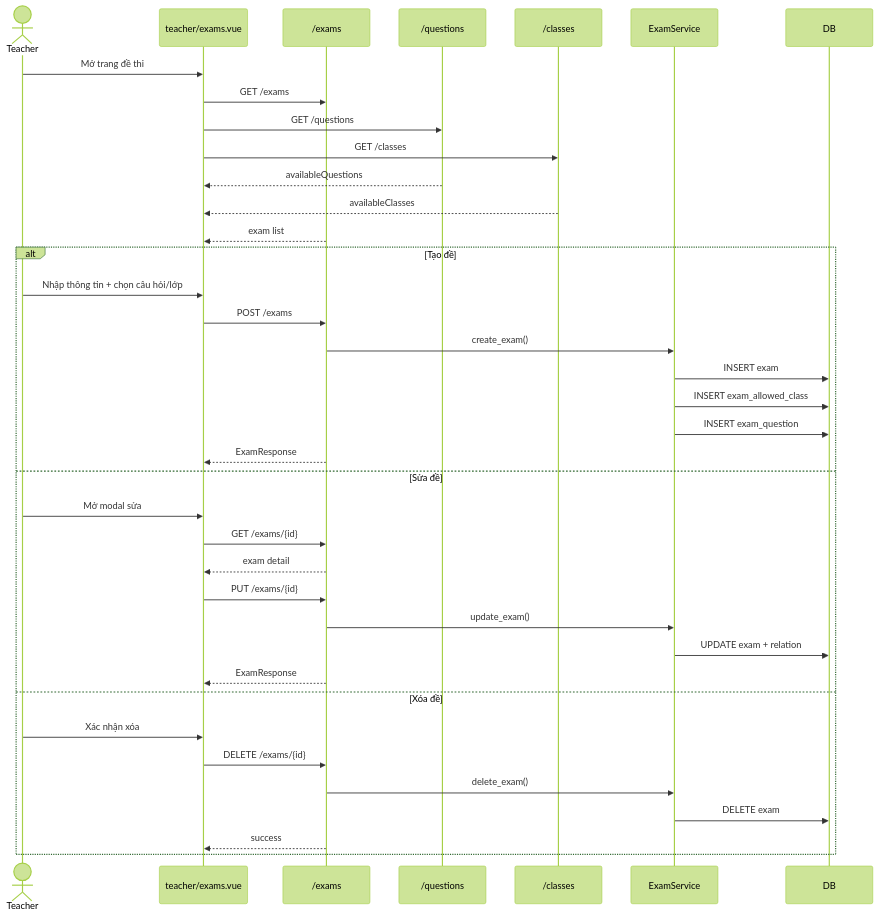
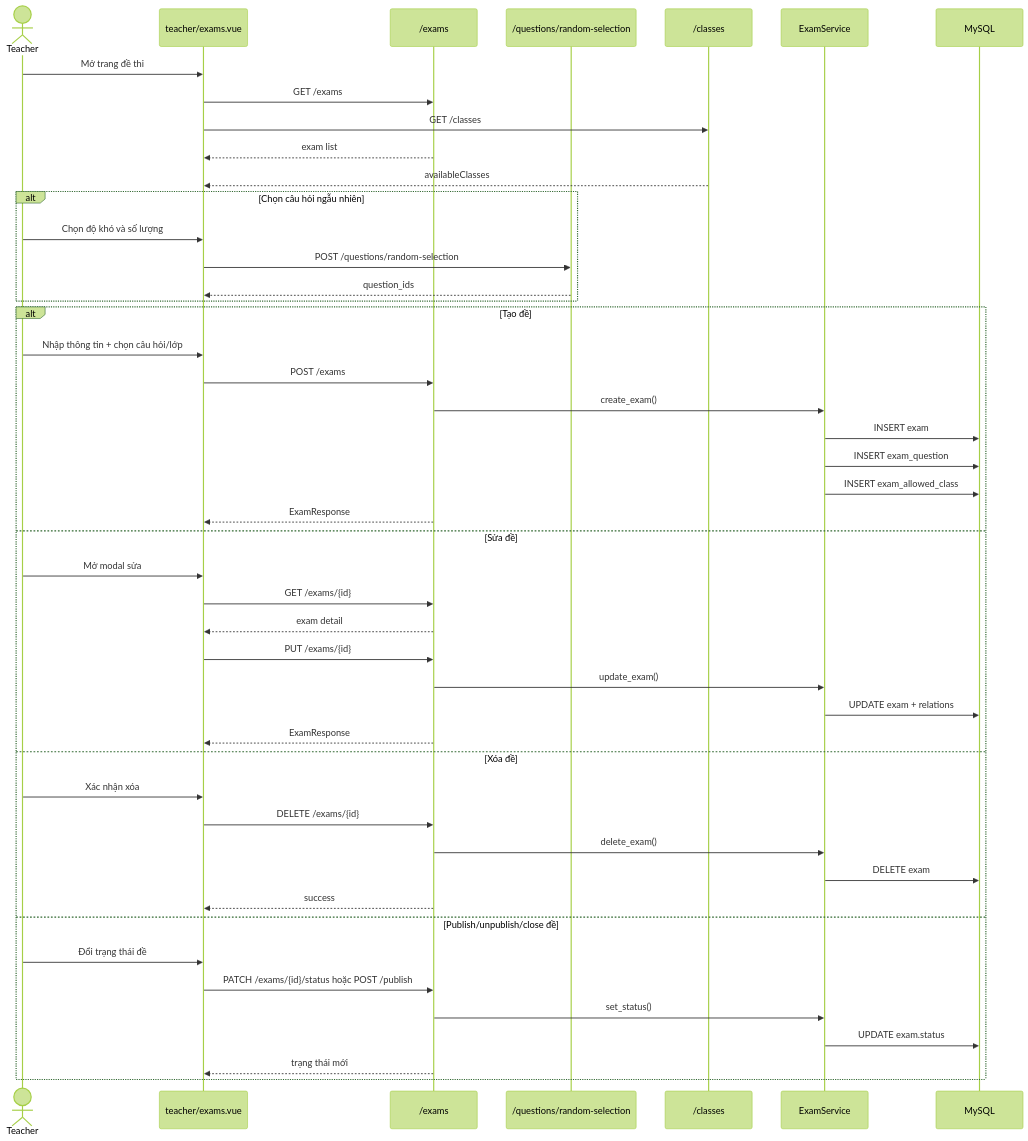
One commit to Tedomi2525/My_project changed diagram 12 of 17 in docs/UML.md. Above: the diagram before and after it, drawn with Mermaid (forest theme). The commit also changed other lines of this file and 15 other files, not shown here.

First line of the commit message:
Add new documentation files including class diagram and project report

````diff
--- a/docs/UML.md
+++ b/docs/UML.md
@@ -804,42 +781,52 @@
 ```mermaid
 sequenceDiagram
 actor Teacher
-participant ExamPage as teacher/exams.vue
+participant Page as teacher/exams.vue
 participant ExamAPI as /exams
-participant QuestionAPI as /questions
+participant QuestionAPI as /questions/random-selection
 participant ClassAPI as /classes
 participant ExamService
-participant DB
+participant DB as MySQL
 
-Teacher->>ExamPage: Mở trang đề thi
-ExamPage->>ExamAPI: GET /exams
-ExamPage->>QuestionAPI: GET /questions
-ExamPage->>ClassAPI: GET /classes
-QuestionAPI-->>ExamPage: availableQuestions
-ClassAPI-->>ExamPage: availableClasses
-ExamAPI-->>ExamPage: exam list
+Teacher->>Page: Mở trang đề thi
+Page->>ExamAPI: GET /exams
+Page->>ClassAPI: GET /classes
+ExamAPI-->>Page: exam list
+ClassAPI-->>Page: availableClasses
+
+alt Chọn câu hỏi ngẫu nhiên
+  Teacher->>Page: Chọn độ khó và số lượng
+  Page->>QuestionAPI: POST /questions/random-selection
+  QuestionAPI-->>Page: question_ids
+end
 
 alt Tạo đề
-  Teacher->>ExamPage: Nhập thông tin + chọn câu hỏi/lớp
-  ExamPage->>ExamAPI: POST /exams
+  Teacher->>Page: Nhập thông tin + chọn câu hỏi/lớp
+  Page->>ExamAPI: POST /exams
   ExamAPI->>ExamService: create_exam()
   ExamService->>DB: INSERT exam
+  ExamService->>DB: INSERT exam_question
   ExamService->>DB: INSERT exam_allowed_class
-  ExamService->>DB: INSERT exam_question
-  ExamAPI-->>ExamPage: ExamResponse
+  ExamAPI-->>Page: ExamResponse
 else Sửa đề
-  Teacher->>ExamPage: Mở modal sửa
-  ExamPage->>ExamAPI: GET /exams/{id}
-  ExamAPI-->>ExamPage: exam detail
-  ExamPage->>ExamAPI: PUT /exams/{id}
+  Teacher->>Page: Mở modal sửa
+  Page->>ExamAPI: GET /exams/{id}
+  ExamAPI-->>Page: exam detail
+  Page->>ExamAPI: PUT /exams/{id}
   ExamAPI->>ExamService: update_exam()
-  ExamService->>DB: UPDATE exam + relation
-  ExamAPI-->>ExamPage: ExamResponse
+  ExamService->>DB: UPDATE exam + relations
+  ExamAPI-->>Page: ExamResponse
 else Xóa đề
-  Teacher->>ExamPage: Xác nhận xóa
-  ExamPage->>ExamAPI: DELETE /exams/{id}
+  Teacher->>Page: Xác nhận xóa
+  Page->>ExamAPI: DELETE /exams/{id}
   ExamAPI->>ExamService: delete_exam()
   ExamService->>DB: DELETE exam
-  ExamAPI-->>ExamPage: success
+  ExamAPI-->>Page: success
+else Publish/unpublish/close đề
+  Teacher->>Page: Đổi trạng thái đề
+  Page->>ExamAPI: PATCH /exams/{id}/status hoặc POST /publish
+  ExamAPI->>ExamService: set_status()
+  ExamService->>DB: UPDATE exam.status
+  ExamAPI-->>Page: trạng thái mới
 end
 ```
````
